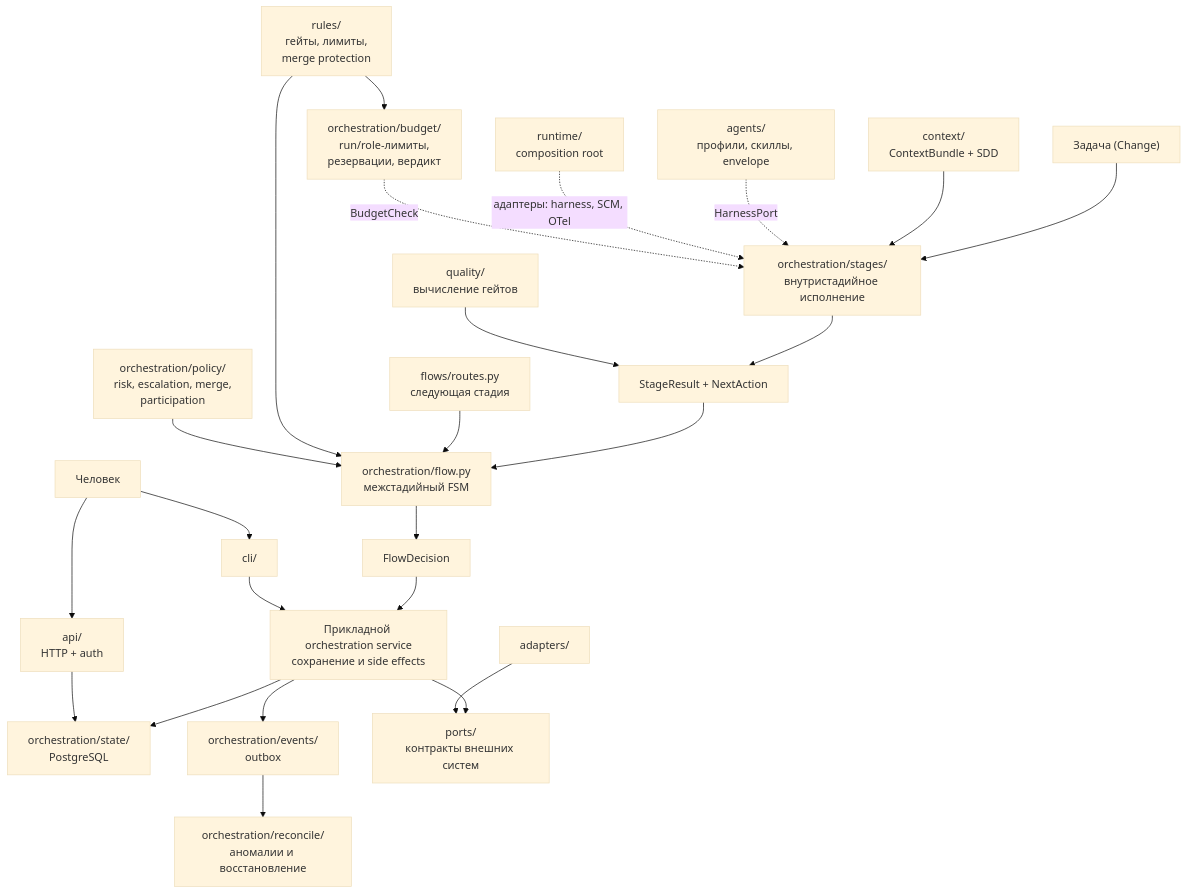
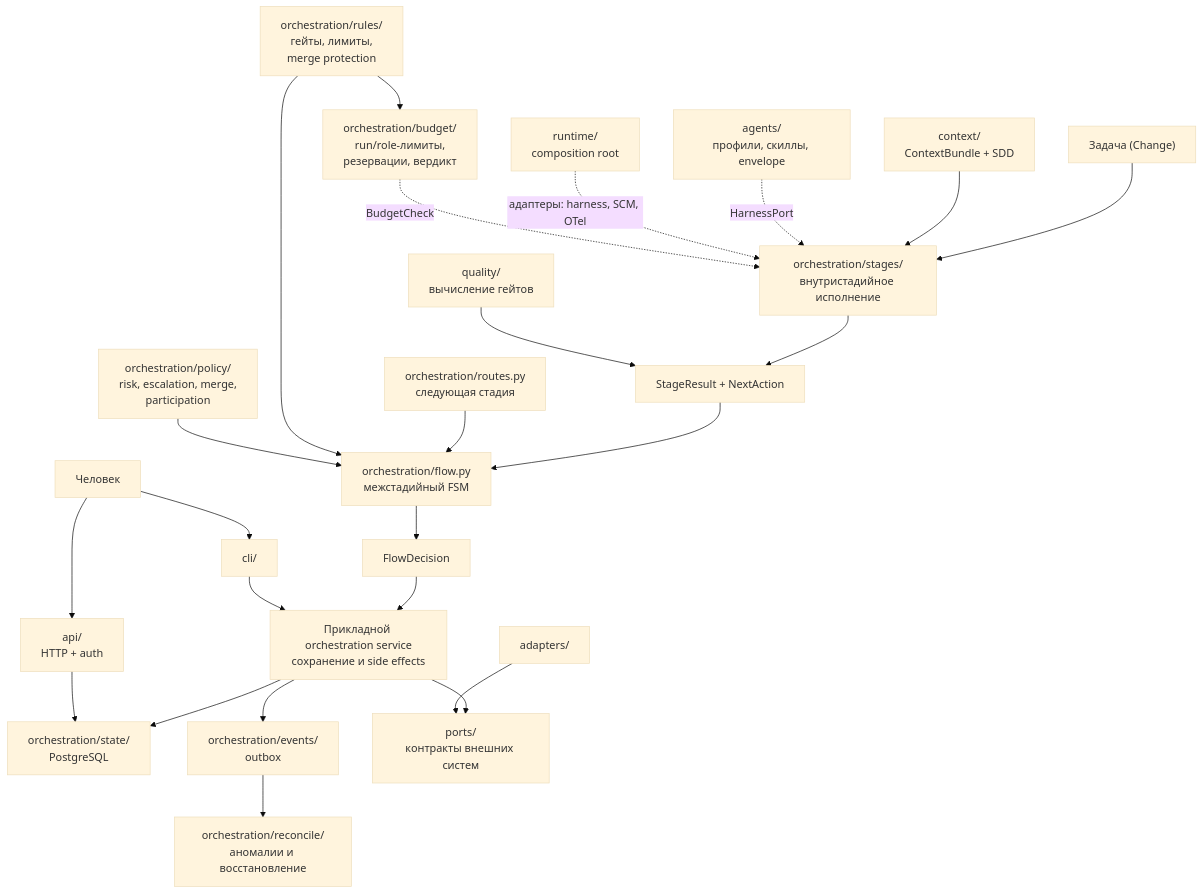
Before and after one commit to vadagama/dark-factory-mvp: the diagram in docs/descriptions/README.md, drawn with Mermaid (base theme). The commit also changed other lines of this file and 59 other files, not shown here.

First line of the commit message:
refactor(t119): fold flows, rules and ci packages into orchestration (ADR-038)

````diff
--- a/docs/descriptions/README.md
+++ b/docs/descriptions/README.md
@@ -29,26 +29,26 @@
 ```mermaid
 flowchart TD
     TASK["Задача (Change)"] --> STAGE["orchestration/stages/\nвнутристадийное исполнение"]
     CTX["context/\nContextBundle + SDD"] --> STAGE
     AGENTS["agents/\nпрофили, скиллы, envelope"] -.->|"HarnessPort"| STAGE
     RUNTIME["runtime/\ncomposition root"] -.->|"адаптеры: harness, SCM, OTel"| STAGE
     STAGE --> RESULT["StageResult + NextAction"]
     QUALITY["quality/\nвычисление гейтов"] --> RESULT
     RESULT --> FLOW["orchestration/flow.py\nмежстадийный FSM"]
-    ROUTE["flows/routes.py\nследующая стадия"] --> FLOW
-    RULES["rules/\nгейты, лимиты,\nmerge protection"] --> FLOW
+    ROUTE["orchestration/routes.py\nследующая стадия"] --> FLOW
+    RULES["orchestration/rules/\nгейты, лимиты,\nmerge protection"] --> FLOW
     RULES --> BUDGET["orchestration/budget/\nrun/role-лимиты,\nрезервации, вердикт"]
     BUDGET -.->|"BudgetCheck"| STAGE
     POLICY["orchestration/policy/\nrisk, escalation, merge,\nparticipation"] --> FLOW
     FLOW --> DECISION["FlowDecision"]
     DECISION --> APP["Прикладной orchestration service\nсохранение и side effects"]
     APP --> STATE["orchestration/state/\nPostgreSQL"]
     APP --> EVENTS["orchestration/events/\noutbox"]
     EVENTS --> RECON["orchestration/reconcile/\nаномалии и восстановление"]
     APP --> PORTS["ports/\nконтракты внешних систем"]
     ADAPTERS["adapters/"] --> PORTS
     CLI["cli/"] --> APP
     API["api/\nHTTP + auth"] --> STATE
     USERS["Человек"] --> CLI
     USERS --> API
 ```
````
